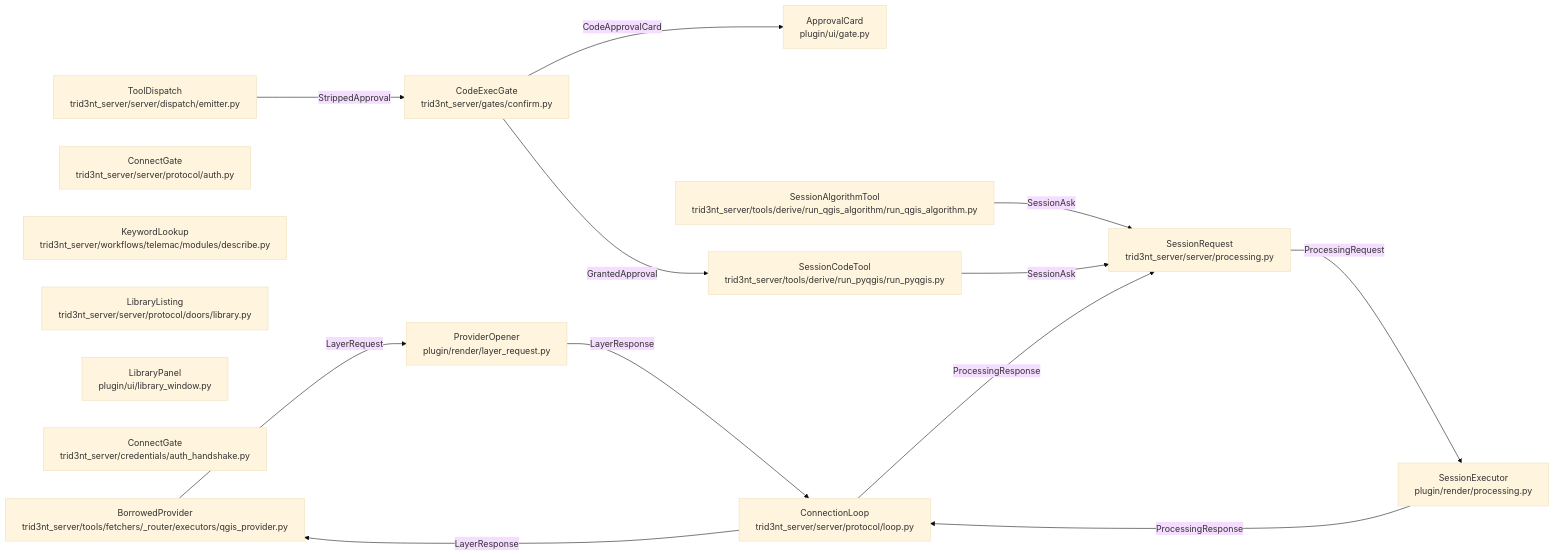
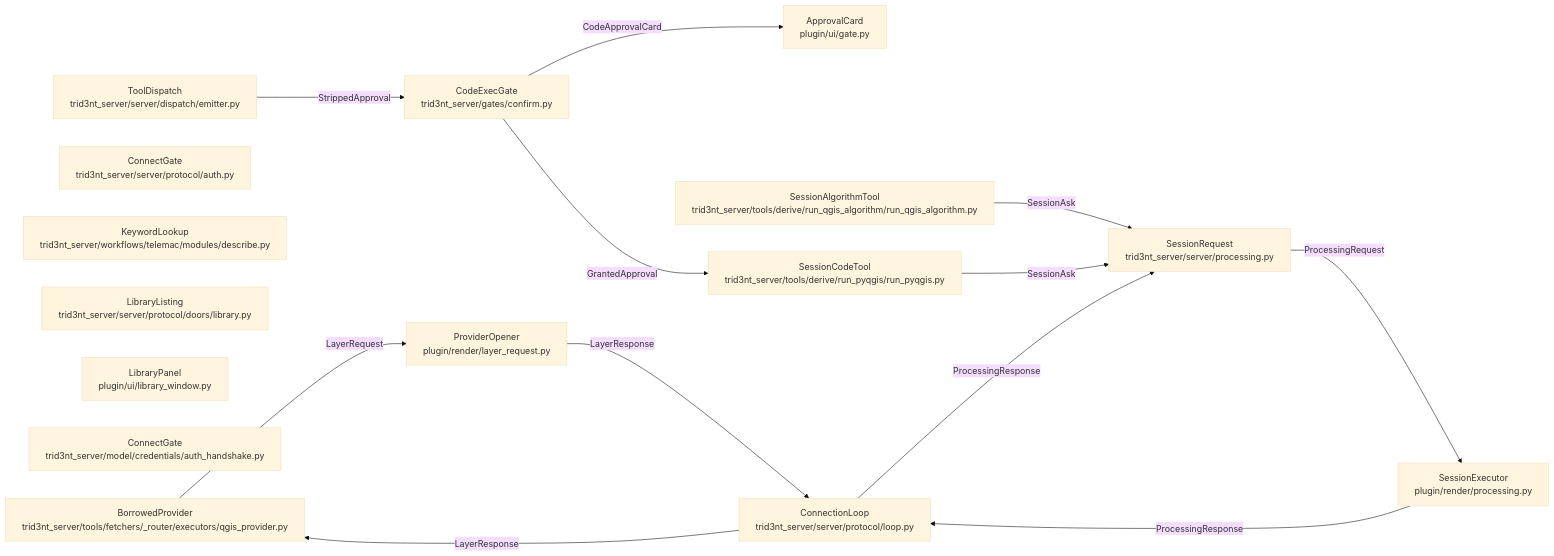
One commit to double-r-squared/trid3nt-qgis-plugin changed the diagram in docs/model/tool-plane-view.md. Above: the diagram before and after it, drawn with Mermaid (base theme). The commit also changed 110 other files, not shown here.

First line of the commit message:
server: the model connection in one home - model/ holds adapters, credentials and the turn guards

````diff
--- a/docs/model/tool-plane-view.md
+++ b/docs/model/tool-plane-view.md
@@ -9,29 +9,29 @@
 ```mermaid
 flowchart LR
     approvalCard["ApprovalCard<br/>plugin/ui/gate.py"]
     borrowedProvider["BorrowedProvider<br/>trid3nt_server/tools/fetchers/_router/executors/qgis_provider.py"]
     codeExecGate["CodeExecGate<br/>trid3nt_server/gates/confirm.py"]
     connectGate["ConnectGate<br/>trid3nt_server/server/protocol/auth.py"]
     connectionLoop["ConnectionLoop<br/>trid3nt_server/server/protocol/loop.py"]
     keywordLookup["KeywordLookup<br/>trid3nt_server/workflows/telemac/modules/describe.py"]
     libraryListing["LibraryListing<br/>trid3nt_server/server/protocol/doors/library.py"]
     libraryPanel["LibraryPanel<br/>plugin/ui/library_window.py"]
-    mintedToken["ConnectGate<br/>trid3nt_server/credentials/auth_handshake.py"]
+    mintedToken["ConnectGate<br/>trid3nt_server/model/credentials/auth_handshake.py"]
     providerOpener["ProviderOpener<br/>plugin/render/layer_request.py"]
     runPyqgis["SessionCodeTool<br/>trid3nt_server/tools/derive/run_pyqgis/run_pyqgis.py"]
     runQgisAlgorithm["SessionAlgorithmTool<br/>trid3nt_server/tools/derive/run_qgis_algorithm/run_qgis_algorithm.py"]
     sessionExecutor["SessionExecutor<br/>plugin/render/processing.py"]
     sessionRequest["SessionRequest<br/>trid3nt_server/server/processing.py"]
     toolDispatch["ToolDispatch<br/>trid3nt_server/server/dispatch/emitter.py"]
     runQgisAlgorithm -- "SessionAsk" --> sessionRequest
     codeExecGate -- "GrantedApproval" --> runPyqgis
     toolDispatch -- "StrippedApproval" --> codeExecGate
     codeExecGate -- "CodeApprovalCard" --> approvalCard
     runPyqgis -- "SessionAsk" --> sessionRequest
     providerOpener -- "LayerResponse" --> connectionLoop
     borrowedProvider -- "LayerRequest" --> providerOpener
     connectionLoop -- "LayerResponse" --> borrowedProvider
     sessionRequest -- "ProcessingRequest" --> sessionExecutor
     sessionExecutor -- "ProcessingResponse" --> connectionLoop
     connectionLoop -- "ProcessingResponse" --> sessionRequest
 ```
````
